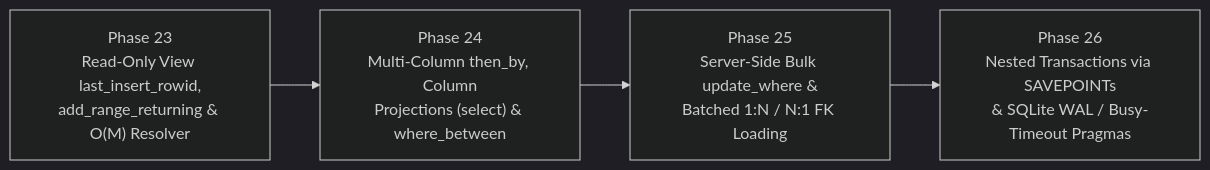
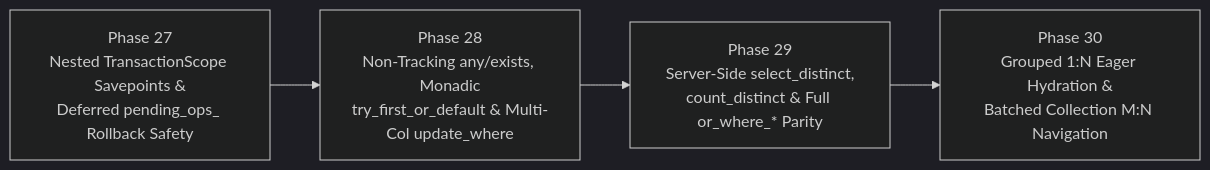
The second of 2 diagrams in readme4.md (mythrz/CodeFirstCppDB_sqlgen), drawn with Mermaid (dark theme) before and after one commit. The commit also changed other lines of this file, not shown here.

Commit message:
planning: savepoints, rollback, non-tracking, multi-col, distinct, where, eager, batch

````diff
--- a/readme4.md
+++ b/readme4.md
@@ -277,6 +282,6 @@
 ```mermaid
 flowchart LR
-    P23["Phase 23<br/>Read-Only View last_insert_rowid,<br/>add_range_returning &amp; O(M) Resolver"] --> P24["Phase 24<br/>Multi-Column then_by, Column<br/>Projections (select) &amp; where_between"]
-    P24 --> P25["Phase 25<br/>Server-Side Bulk update_where &amp;<br/>Batched 1:N / N:1 FK Loading"]
-    P25 --> P26["Phase 26<br/>Nested Transactions via SAVEPOINTs<br/>&amp; SQLite WAL / Busy-Timeout Pragmas"]
+    P27["Phase 27<br/>Nested TransactionScope Savepoints &amp;<br/>Deferred pending_ops_ Rollback Safety"] --> P28["Phase 28<br/>Non-Tracking any/exists, Monadic<br/>try_first_or_default &amp; Multi-Col update_where"]
+    P28 --> P29["Phase 29<br/>Server-Side select_distinct,<br/>count_distinct &amp; Full or_where_* Parity"]
+    P29 --> P30["Phase 30<br/>Grouped 1:N Eager Hydration &amp;<br/>Batched Collection M:N Navigation"]
 ```
````
